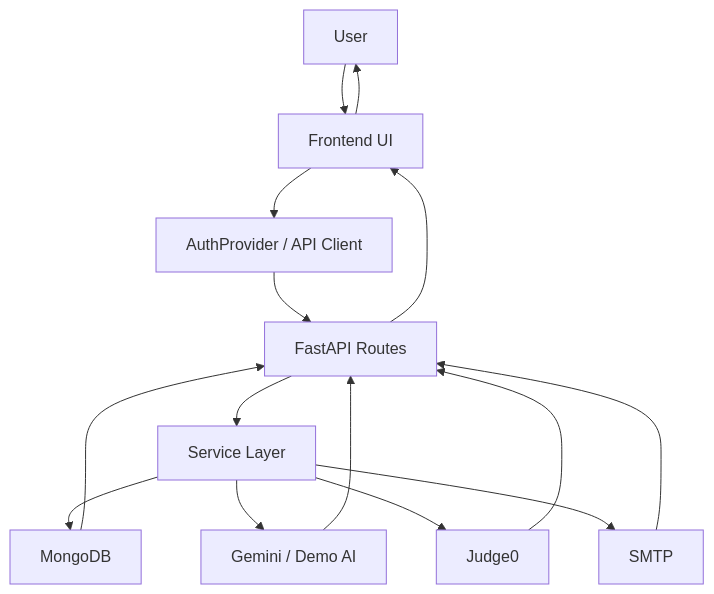
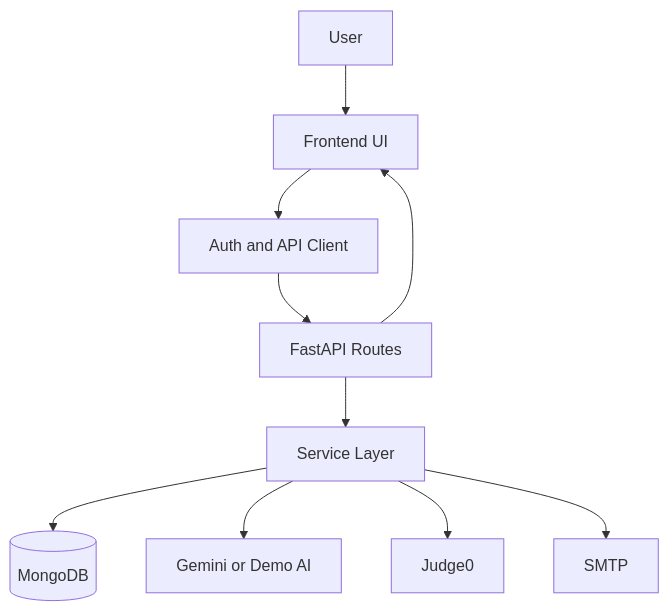
The second of 3 diagrams in README.md (AbuVakar/PyMastery), drawn with Mermaid before and after one commit. The commit also changed other lines of this file, not shown here.

Commit message:
Simplify Mermaid diagrams and add fallback text

````diff
--- a/README.md
+++ b/README.md
@@ -101,17 +109,22 @@
 ```mermaid
-flowchart TD
-    U["User"] --> UI["Frontend UI"]
-    UI --> AP["AuthProvider / API Client"]
-    AP --> API["FastAPI Routes"]
-    API --> SVC["Service Layer"]
-    SVC --> DB["MongoDB"]
-    SVC --> AI["Gemini / Demo AI"]
-    SVC --> EX["Judge0"]
-    SVC --> MAIL["SMTP"]
-    DB --> API
-    AI --> API
-    EX --> API
-    MAIL --> API
-    API --> UI
-    UI --> U
+graph TD
+    USER[User]
+    UI[Frontend UI]
+    CLIENT[Auth and API Client]
+    ROUTES[FastAPI Routes]
+    SERVICES[Service Layer]
+    DB[(MongoDB)]
+    AI[Gemini or Demo AI]
+    EXEC[Judge0]
+    MAIL[SMTP]
+
+    USER --> UI
+    UI --> CLIENT
+    CLIENT --> ROUTES
+    ROUTES --> SERVICES
+    SERVICES --> DB
+    SERVICES --> AI
+    SERVICES --> EXEC
+    SERVICES --> MAIL
+    ROUTES --> UI
 ```
````
